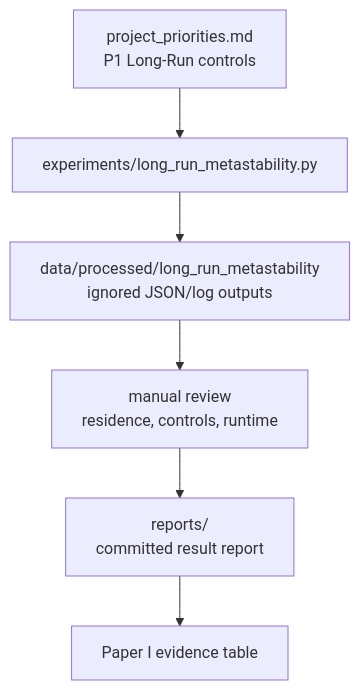
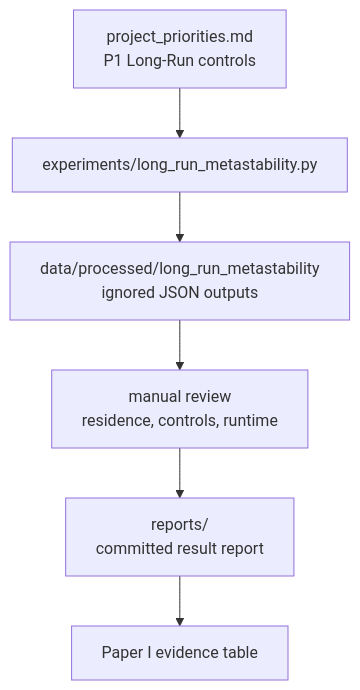
One commit to MemoryDynamics/Knoten changed the fourth of 4 diagrams in docs/repository_map.md. Above: the diagram before and after it, drawn with Mermaid. The commit also changed other lines of this file and 10 other files, not shown here.

````diff
--- a/docs/repository_map.md
+++ b/docs/repository_map.md
@@ -98,8 +99,8 @@
 ```mermaid
 flowchart TD
     plan["project_priorities.md<br/>P1 Long-Run controls"] --> runner["experiments/long_run_metastability.py"]
-    runner --> local["data/processed/long_run_metastability<br/>ignored JSON/log outputs"]
+    runner --> local["data/processed/long_run_metastability<br/>ignored JSON outputs"]
     local --> review["manual review<br/>residence, controls, runtime"]
     review --> report["reports/<br/>committed result report"]
     report --> paper1["Paper I evidence table"]
 ```
````
